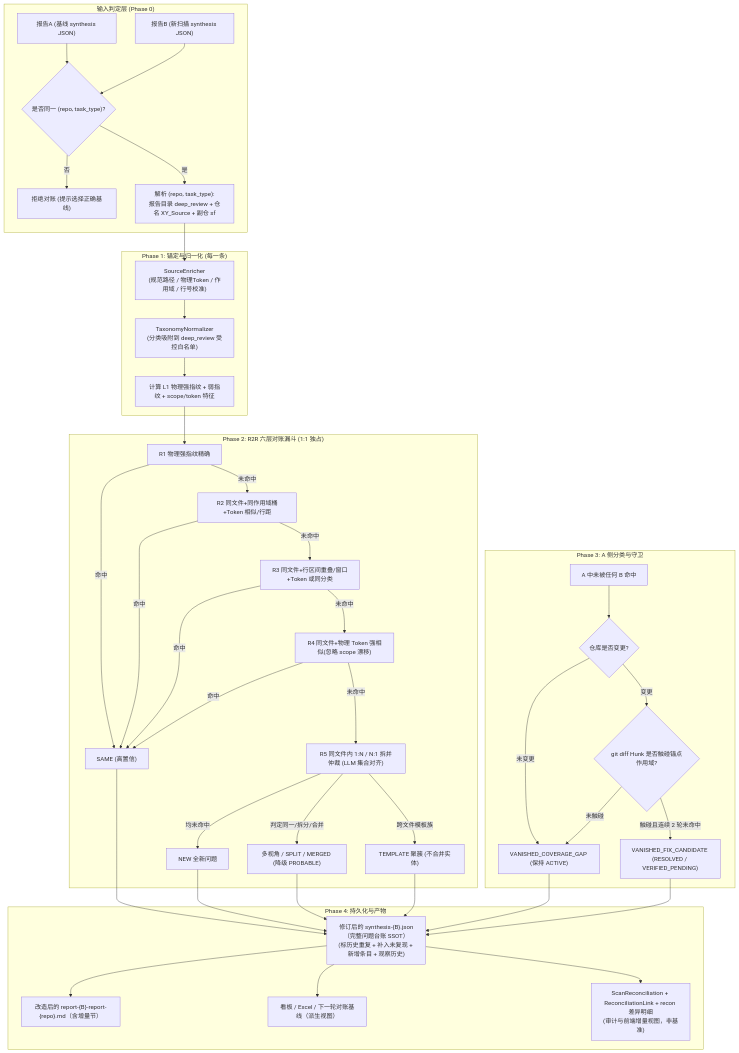
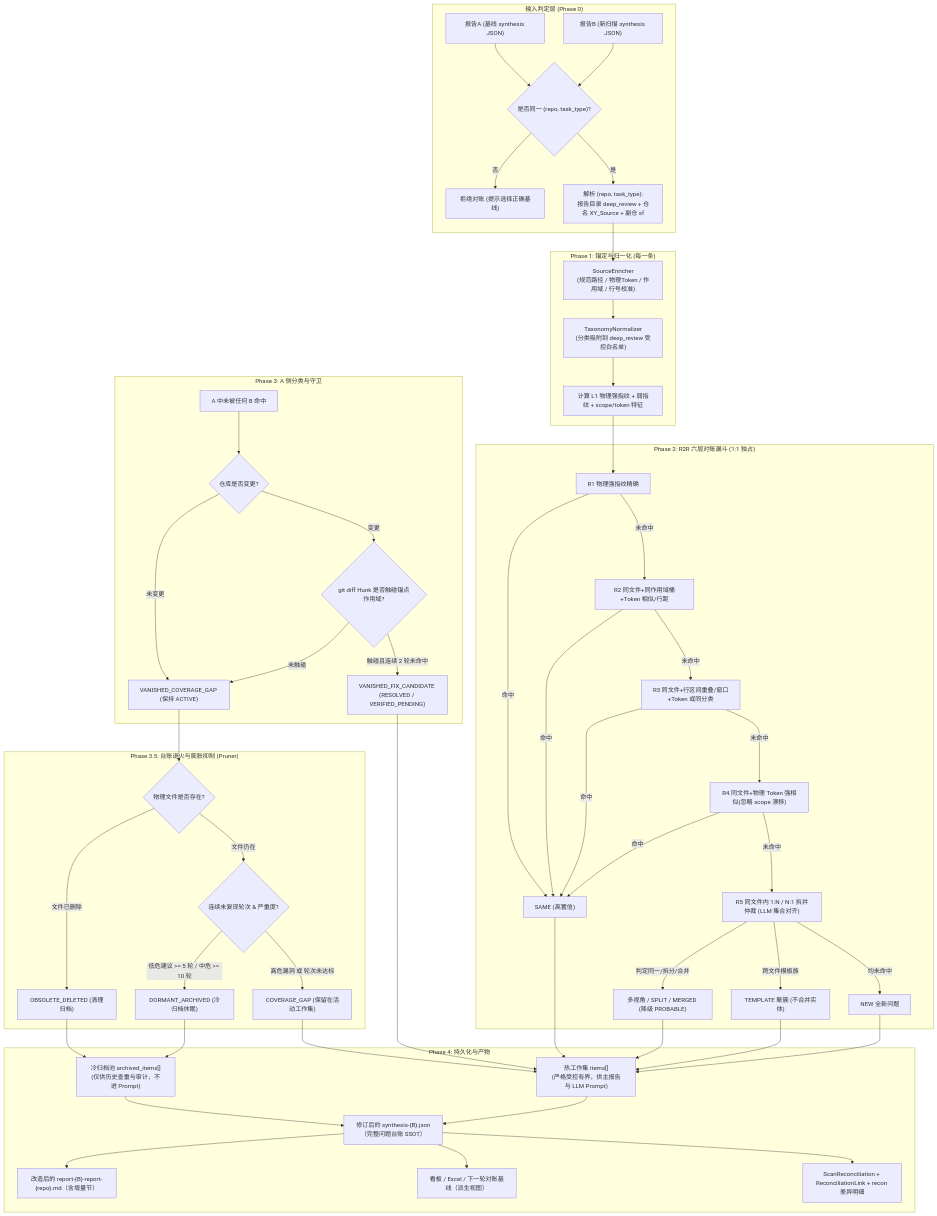
Before and after one commit to fugui/code-shield: the diagram in docs/deterministic-fingerprint-architecture/05-同一代码仓多次扫描问题清单的系统化对账与增量治理架构设计.md, drawn with Mermaid. The commit also changed other lines of this file, not shown here.

````diff
--- a/docs/deterministic-fingerprint-architecture/05-同一代码仓多次扫描问题清单的系统化对账与增量治理架构设计.md
+++ b/docs/deterministic-fingerprint-architecture/05-同一代码仓多次扫描问题清单的系统化对账与增量治理架构设计.md
@@ -76,45 +77,55 @@
 ```mermaid
 flowchart TB
     subgraph Inputs["输入判定层 (Phase 0)"]
         A["报告A (基线 synthesis JSON)"] --> C{"是否同一 (repo, task_type)?"}
         B["报告B (新扫描 synthesis JSON)"] --> C
         C -->|否| ABORT["拒绝对账 (提示选择正确基线)"]
         C -->|是| D["解析 (repo, task_type):\n报告目录 deep_review + 仓名 XY_Source + 副仓 sf"]
     end
 
     subgraph Phase1["Phase 1: 锚定与归一化 (每一条)"]
         D --> E["SourceEnricher\n(规范路径 / 物理Token / 作用域 / 行号校准)"]
         E --> F["TaxonomyNormalizer\n(分类吸附到 deep_review 受控白名单)"]
         F --> G["计算 L1 物理强指纹 + 弱指纹 + scope/token 特征"]
     end
 
     subgraph Phase2["Phase 2: R2R 六层对账漏斗 (1:1 独占)"]
         G --> H["R1 物理强指纹精确"]
         H -->|命中| SAME["SAME (高置信)"]
         H -->|未命中| I["R2 同文件+同作用域桶+Token 相似/行距"]
         I -->|命中| SAME
         I -->|未命中| J["R3 同文件+行区间重叠/窗口+Token 或同分类"]
         J -->|命中| SAME
         J -->|未命中| K["R4 同文件+物理 Token 强相似(忽略 scope 漂移)"]
         K -->|命中| SAME
         K -->|未命中| L["R5 同文件内 1:N / N:1 拆并仲裁 (LLM 集合对齐)"]
         L -->|判定同一/拆分/合并| REL["多视角 / SPLIT / MERGED (降级 PROBABLE)"]
         L -->|跨文件模板族| TEMPLATE["TEMPLATE 聚簇 (不合并实体)"]
         L -->|均未命中| NEW["NEW 全新问题"]
     end
 
     subgraph Phase3["Phase 3: A 侧分类与守卫"]
         NewList["A 中未被任何 B 命中"] --> AV{"仓库是否变更?"}
         AV -->|未变更| GAP["VANISHED_COVERAGE_GAP (保持 ACTIVE)"]
         AV -->|变更| HIT{"git diff Hunk 是否触碰锚点作用域?"}
         HIT -->|未触碰| GAP
         HIT -->|触碰且连续 2 轮未命中| FIX["VANISHED_FIX_CANDIDATE (RESOLVED / VERIFIED_PENDING)"]
     end
 
+    subgraph Phase3_5["Phase 3.5: 台账退火与膨胀抑制 (Pruner)"]
+        GAP --> DEL{"物理文件是否存在?"}
+        DEL -->|文件已删除| OBS["OBSOLETE_DELETED (清理归档)"]
+        DEL -->|文件仍在| ANN{"连续未复现轮次 & 严重度?"}
+        ANN -->|低危建议 >= 5 轮 / 中危 >= 10 轮| DORMANT["DORMANT_ARCHIVED (冷归档休眠)"]
+        ANN -->|高危漏洞 或 轮次未达标| ACTIVE_GAP["COVERAGE_GAP (保留在活动工作集)"]
+    end
+
     subgraph Phase4["Phase 4: 持久化与产物"]
-        SAME & NEW & REL & TEMPLATE & GAP & FIX --> SYN["修订后的 synthesis-{B}.json（完整问题台账 SSOT）\n(标历史重复 + 补入未复现 + 新增条目 + 观察历史)"]
+        SAME & NEW & REL & TEMPLATE & FIX & ACTIVE_GAP --> ITEMS["热工作集 items[]\n(严格受控有界，供主报告与 LLM Prompt)"]
+        DORMANT & OBS --> ARCHIVE["冷归档池 archived_items[]\n(仅供历史查重与审计，不进 Prompt)"]
+        ITEMS & ARCHIVE --> SYN["修订后的 synthesis-{B}.json（完整问题台账 SSOT）"]
         SYN --> MD["改造后的 report-{B}-report-{repo}.md（含增量节）"]
         SYN --> CONS["看板 / Excel / 下一轮对账基线（派生视图）"]
-        SYN --> DB["ScanReconciliation + ReconciliationLink + recon 差异明细\n(审计与前端增量视图，非基准)"]
+        SYN --> DB["ScanReconciliation + ReconciliationLink + recon 差异明细"]
     end
 ```
````
